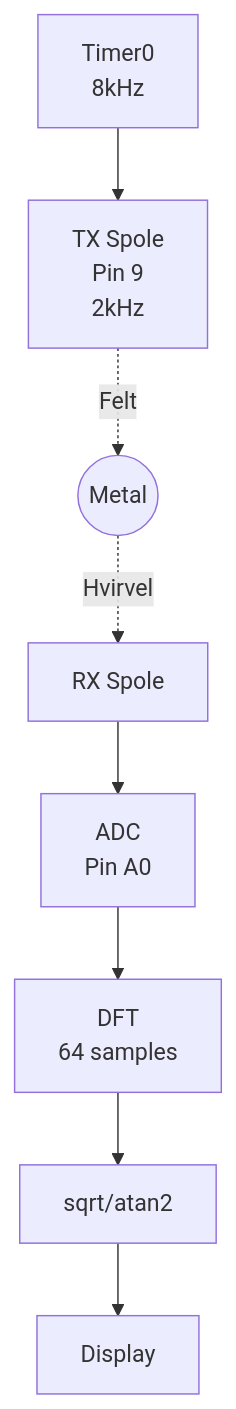
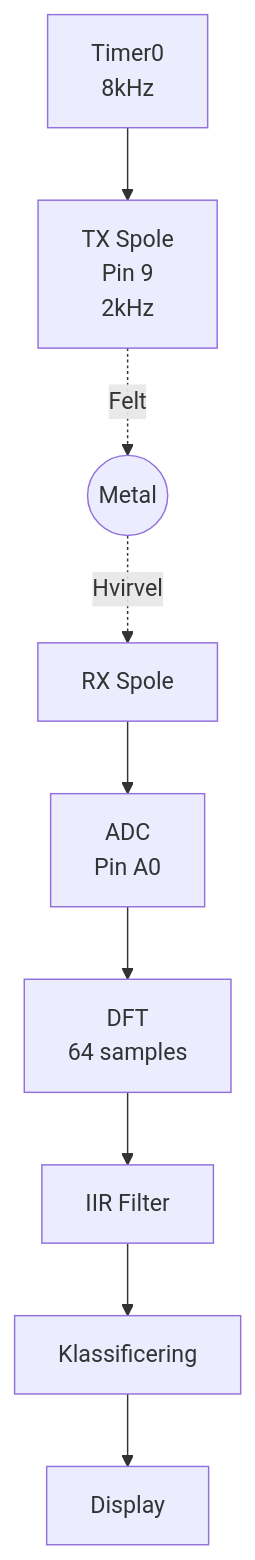
The first of 7 diagrams in Docs/Guides/Code_Review.md (MadsRudolph/34621-Metal-Detector), drawn with Mermaid before and after one commit. The commit also changed other lines of this file and 217 other files, not shown here.

````diff
--- a/Docs/Guides/Code_Review.md
+++ b/Docs/Guides/Code_Review.md
@@ -40,10 +51,11 @@
 ```mermaid
 flowchart TB
     T0[Timer0<br>8kHz] --> TX[TX Spole<br>Pin 9<br>2kHz]
     TX -.->|Felt| M((Metal))
     M -.->|Hvirvel| RX[RX Spole]
     RX --> ADC[ADC<br>Pin A0]
     ADC --> DFT[DFT<br>64 samples]
-    DFT --> CALC[sqrt/atan2]
-    CALC --> OLED[Display]
+    DFT --> IIR[IIR Filter]
+    IIR --> CLASS[Klassificering]
+    CLASS --> OLED[Display]
 ```
````
